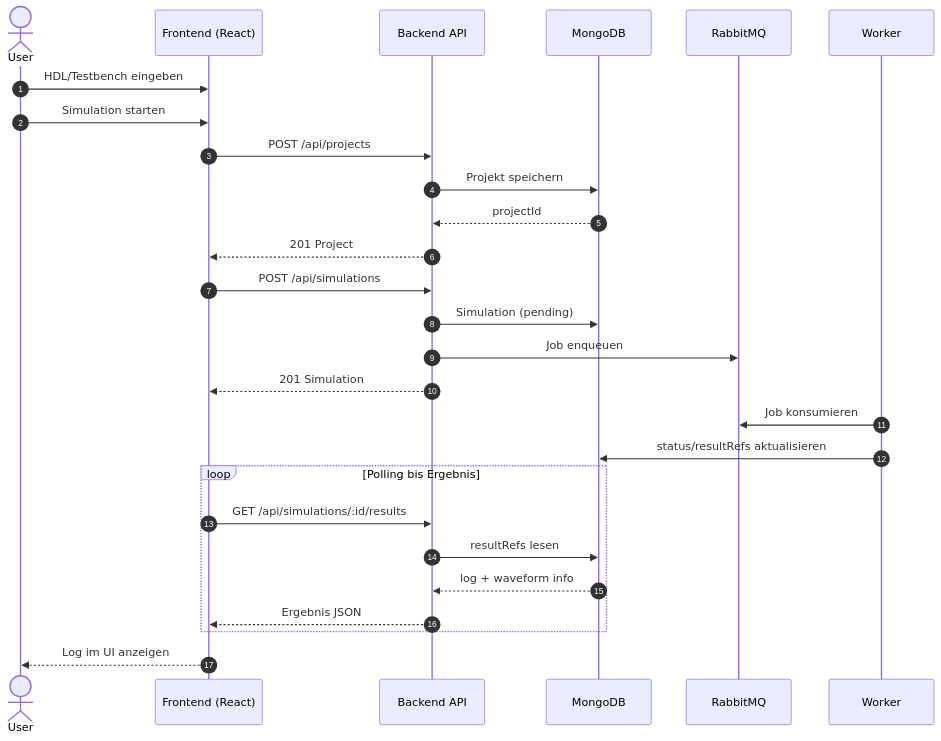
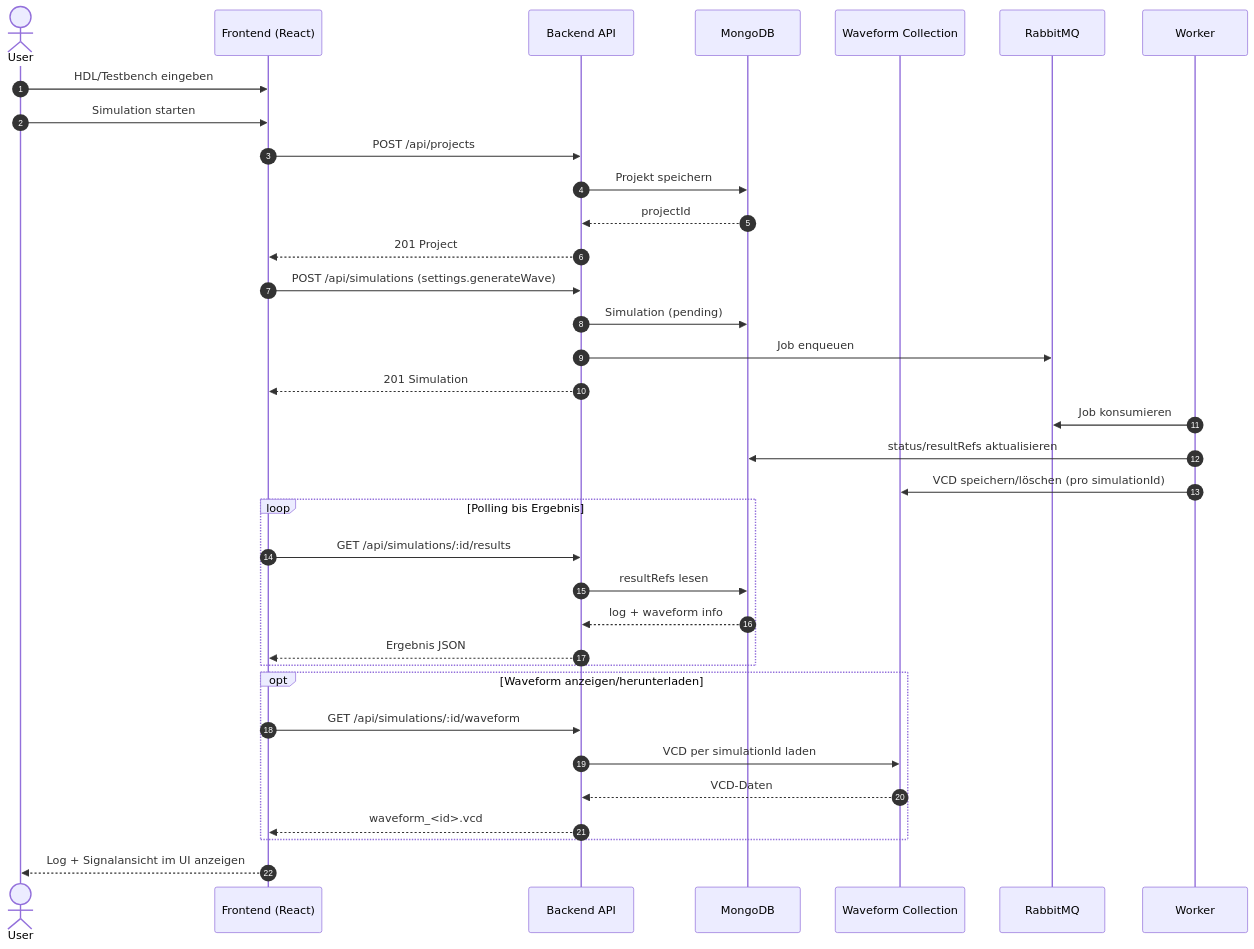
Before and after one commit to TrainWayne97/HDLab: the first of 2 diagrams in apps/frontend/README.md, drawn with Mermaid. The commit also changed other lines of this file and 3 other files, not shown here.

````diff
--- a/apps/frontend/README.md
+++ b/apps/frontend/README.md
@@ -42,35 +42,44 @@
 ```mermaid
 sequenceDiagram
 		autonumber
 		actor U as User
 		participant FE as Frontend (React)
 		participant BE as Backend API
 		participant DB as MongoDB
+		participant WF as Waveform Collection
 		participant MQ as RabbitMQ
 		participant WK as Worker
 
 		U->>FE: HDL/Testbench eingeben
 		U->>FE: Simulation starten
 
 		FE->>BE: POST /api/projects
 		BE->>DB: Projekt speichern
 		DB-->>BE: projectId
 		BE-->>FE: 201 Project
 
-		FE->>BE: POST /api/simulations
+		FE->>BE: POST /api/simulations (settings.generateWave)
 		BE->>DB: Simulation (pending)
 		BE->>MQ: Job enqueuen
 		BE-->>FE: 201 Simulation
 
 		WK->>MQ: Job konsumieren
 		WK->>DB: status/resultRefs aktualisieren
+		WK->>WF: VCD speichern/löschen (pro simulationId)
 
 		loop Polling bis Ergebnis
 				FE->>BE: GET /api/simulations/:id/results
 				BE->>DB: resultRefs lesen
 				DB-->>BE: log + waveform info
 				BE-->>FE: Ergebnis JSON
 		end
 
-		FE-->>U: Log im UI anzeigen
+		opt Waveform anzeigen/herunterladen
+				FE->>BE: GET /api/simulations/:id/waveform
+				BE->>WF: VCD per simulationId laden
+				WF-->>BE: VCD-Daten
+				BE-->>FE: waveform_<id>.vcd
+		end
+
+		FE-->>U: Log + Signalansicht im UI anzeigen
 ```
````
